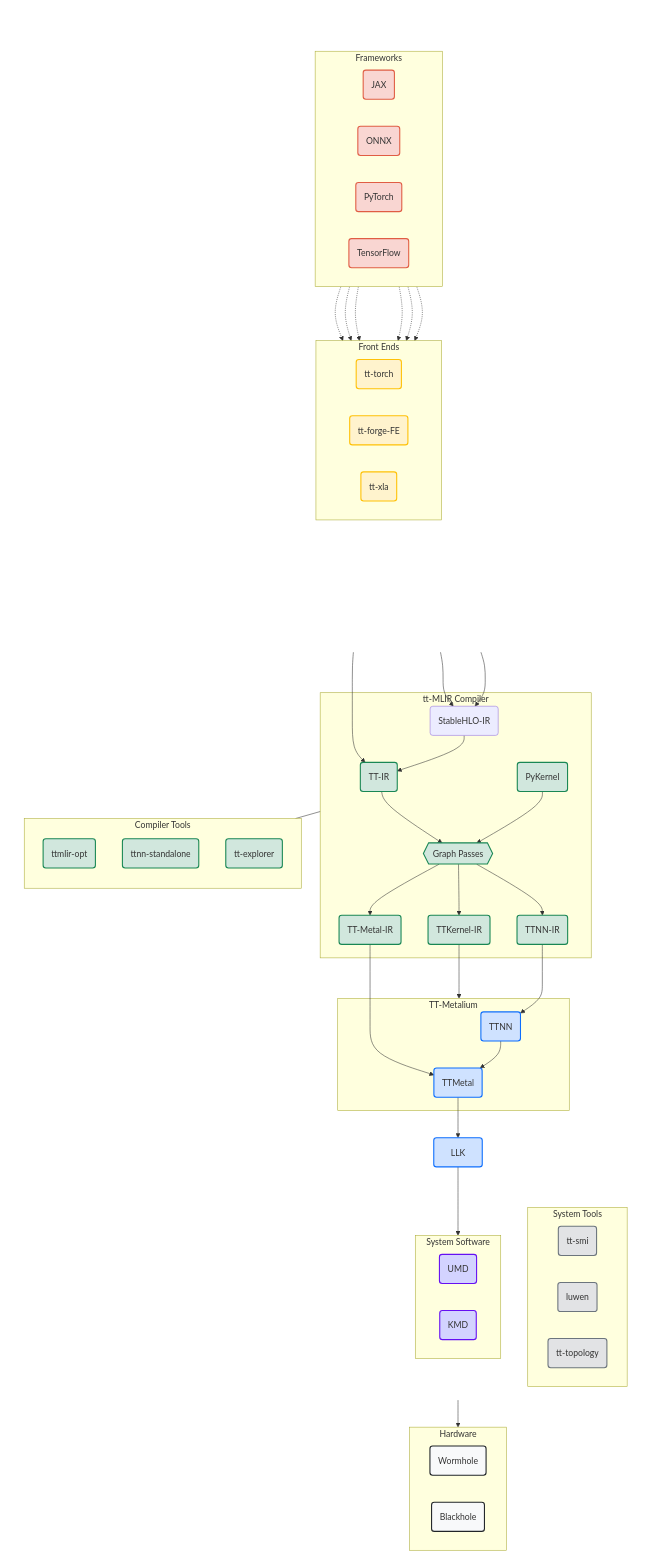
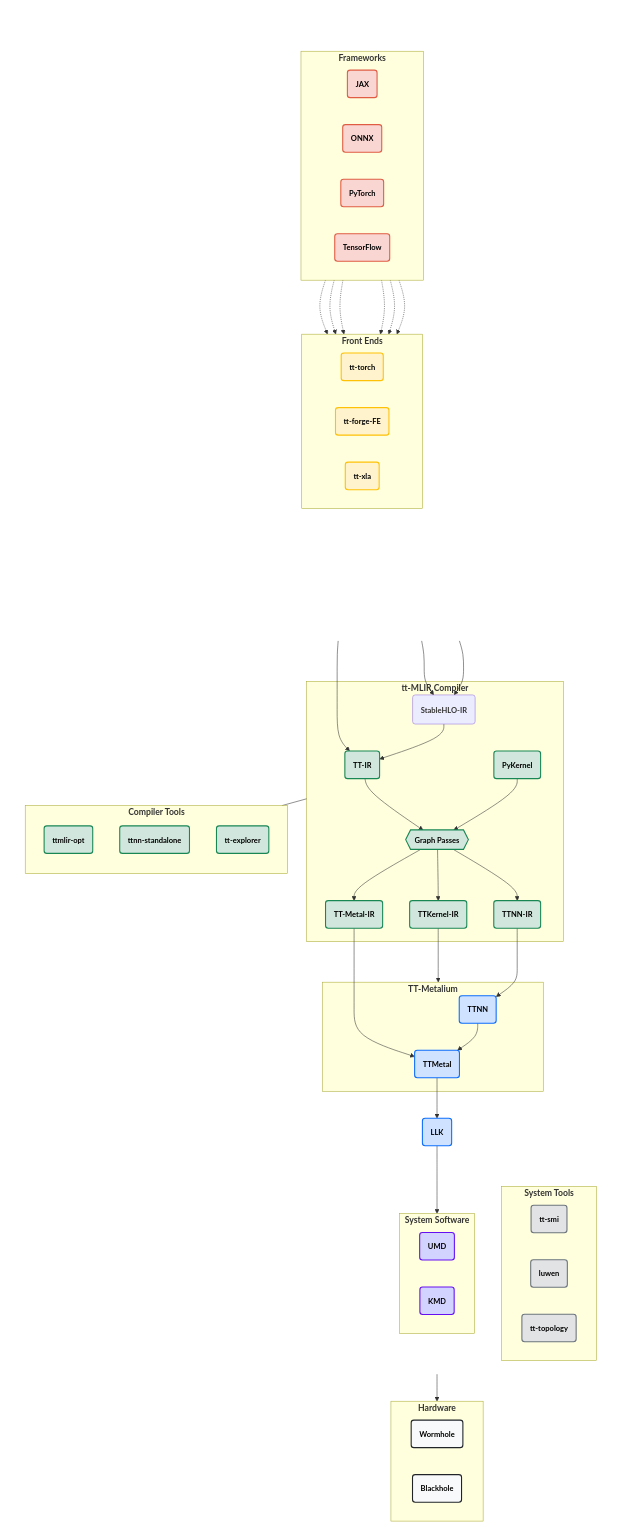
One commit to tenstorrent/tt-forge changed the diagram in README.md. Above: the diagram before and after it, drawn with Mermaid.

Commit message:
Improve diagram readability with larger font sizes and better contrast

````diff
--- a/README.md
+++ b/README.md
@@ -41,13 +41,13 @@
 ```mermaid
 flowchart TD
-    %% Define styles for the diagram
-    classDef frameworks fill:#f9d6d2,stroke:#e05d44,stroke-width:2px
-    classDef frontends fill:#fff3cd,stroke:#ffc107,stroke-width:2px
-    classDef compiler fill:#d1e7dd,stroke:#198754,stroke-width:2px
-    classDef runtime fill:#cfe2ff,stroke:#0d6efd,stroke-width:2px
-    classDef system fill:#e2e3e5,stroke:#6c757d,stroke-width:2px
-    classDef software fill:#d3d3ff,stroke:#6610f2,stroke-width:2px
-    classDef hardware fill:#f8f9fa,stroke:#212529,stroke-width:2px
+    %% Define styles for the diagram with improved contrast and font size
+    classDef frameworks fill:#f9d6d2,stroke:#e05d44,stroke-width:2px,color:#000000,font-size:14px,font-weight:bold
+    classDef frontends fill:#fff3cd,stroke:#ffc107,stroke-width:2px,color:#000000,font-size:14px,font-weight:bold
+    classDef compiler fill:#d1e7dd,stroke:#198754,stroke-width:2px,color:#000000,font-size:14px,font-weight:bold
+    classDef runtime fill:#cfe2ff,stroke:#0d6efd,stroke-width:2px,color:#000000,font-size:14px,font-weight:bold
+    classDef system fill:#e2e3e5,stroke:#6c757d,stroke-width:2px,color:#000000,font-size:14px,font-weight:bold
+    classDef software fill:#d3d3ff,stroke:#6610f2,stroke-width:2px,color:#000000,font-size:14px,font-weight:bold
+    classDef hardware fill:#f8f9fa,stroke:#212529,stroke-width:2px,color:#000000,font-size:14px,font-weight:bold
     classDef invisible opacity:0,fill:none,stroke:none
     
     %% Top level layout with invisible container to center frameworks
@@ -61,21 +61,21 @@
         subgraph FrameworksContainer[" "]
             direction TB
             %% Top level frameworks
-            subgraph Frameworks["&nbsp;&nbsp;&nbsp;&nbsp;Frameworks&nbsp;&nbsp;&nbsp;&nbsp;"]
+            subgraph Frameworks["<span style='font-size:16px;font-weight:bold'>Frameworks</span>"]
                 direction LR
-                JAX("JAX")
-                ONX("ONNX")
-                PYTORCH("PyTorch")
-                TF("TensorFlow")
+                JAX("<span style='font-size:14px;font-weight:bold'>JAX</span>")
+                ONX("<span style='font-size:14px;font-weight:bold'>ONNX</span>")
+                PYTORCH("<span style='font-size:14px;font-weight:bold'>PyTorch</span>")
+                TF("<span style='font-size:14px;font-weight:bold'>TensorFlow</span>")
             end
             
             %% Front-ends
-            subgraph FrontEnds["&nbsp;&nbsp;&nbsp;&nbsp;&nbsp;&nbsp;&nbsp;&nbsp;Front Ends&nbsp;&nbsp;&nbsp;&nbsp;&nbsp;&nbsp;&nbsp;&nbsp;"]
+            subgraph FrontEnds["<span style='font-size:16px;font-weight:bold'>Front Ends</span>"]
                 direction LR
                 %% Add extra spacing between frontend components
-                TT_TORCH("tt-torch")
-                TT_FORGE_FE("tt-forge-FE")
-                TT_XLA("tt-xla")
+                TT_TORCH("<span style='font-size:14px;font-weight:bold'>tt-torch</span>")
+                TT_FORGE_FE("<span style='font-size:14px;font-weight:bold'>tt-forge-FE</span>")
+                TT_XLA("<span style='font-size:14px;font-weight:bold'>tt-xla</span>")
             end
         end
         
@@ -88,17 +88,17 @@
     FrameworksContainer:::invisible
     
     %% Compiler sections side by side
-    subgraph CompilerLayer["Compiler Layer"]
+    subgraph CompilerLayer["<span style='font-size:16px;font-weight:bold'>Compiler Layer</span>"]
         %% tt-MLIR Compiler section
-        subgraph TTMLIR["&nbsp;&nbsp;&nbsp;&nbsp;tt-MLIR Compiler&nbsp;&nbsp;&nbsp;&nbsp;"]
-            TTIR("TT-IR")
-            STABLEHLO("StableHLO-IR")
-            PYKERNEL("PyKernel")
+        subgraph TTMLIR["<span style='font-size:16px;font-weight:bold'>tt-MLIR Compiler</span>"]
+            TTIR("<span style='font-size:14px;font-weight:bold'>TT-IR</span>")
+            STABLEHLO("<span style='font-size:14px;font-weight:bold'>StableHLO-IR</span>")
+            PYKERNEL("<span style='font-size:14px;font-weight:bold'>PyKernel</span>")
             %% Graph Passes - using hexagon shape
-            GRAPH_PASSES{{"Graph Passes"}}
-            TTMETAL_IR("TT-Metal-IR")
-            TTNN("TTNN-IR")
-            TTKERNEL("TTKernel-IR")
+            GRAPH_PASSES{{"<span style='font-size:14px;font-weight:bold'>Graph Passes</span>"}}
+            TTMETAL_IR("<span style='font-size:14px;font-weight:bold'>TT-Metal-IR</span>")
+            TTNN("<span style='font-size:14px;font-weight:bold'>TTNN-IR</span>")
+            TTKERNEL("<span style='font-size:14px;font-weight:bold'>TTKernel-IR</span>")
             
             %% Connect PyKernel to Graph Passes
             PYKERNEL --> GRAPH_PASSES
@@ -110,11 +110,11 @@
         end
         
         %% Compiler Tools section with vertical layout
-        subgraph CompilerTools["&nbsp;&nbsp;&nbsp;&nbsp;Compiler Tools&nbsp;&nbsp;&nbsp;&nbsp;"]
+        subgraph CompilerTools["<span style='font-size:16px;font-weight:bold'>Compiler Tools</span>"]
             direction TB
-            TTMLIROPT("ttmlir-opt")
-            TTNNSTANDALONE("ttnn-standalone")
-            TTEXPLORER("tt-explorer")
+            TTMLIROPT("<span style='font-size:14px;font-weight:bold'>ttmlir-opt</span>")
+            TTNNSTANDALONE("<span style='font-size:14px;font-weight:bold'>ttnn-standalone</span>")
+            TTEXPLORER("<span style='font-size:14px;font-weight:bold'>tt-explorer</span>")
         end
     end
     
@@ -123,30 +123,30 @@
     TTMLIR --- CompilerTools
     
     %% TT-Metalium section
-    subgraph TTMETALIUM["&nbsp;&nbsp;&nbsp;&nbsp;TT-Metalium&nbsp;&nbsp;&nbsp;&nbsp;"]
-        TTNN_HW("TTNN")
-        TTMETAL("TTMetal")
+    subgraph TTMETALIUM["<span style='font-size:16px;font-weight:bold'>TT-Metalium</span>"]
+        TTNN_HW("<span style='font-size:14px;font-weight:bold'>TTNN</span>")
+        TTMETAL("<span style='font-size:14px;font-weight:bold'>TTMetal</span>")
         
         %% Connect TTNN to TTMetal within TT-Metalium
         TTNN_HW --> TTMETAL
     end
     
     %% LLK outside of TT-Metalium
-    LLK("&nbsp;&nbsp;&nbsp;&nbsp;LLK&nbsp;&nbsp;&nbsp;&nbsp;")
+    LLK("<span style='font-size:14px;font-weight:bold'>LLK</span>")
     
     %% System Tools and System Software sections side by side
-    subgraph SystemLayer["System Layer"]
+    subgraph SystemLayer["<span style='font-size:16px;font-weight:bold'>System Layer</span>"]
         %% System Tools section
-        subgraph SystemTools["&nbsp;&nbsp;&nbsp;&nbsp;System Tools&nbsp;&nbsp;&nbsp;&nbsp;"]
-            TTSMI("tt-smi")
-            LUWEN("luwen")
-            TTTOPOLOGY("tt-topology")
+        subgraph SystemTools["<span style='font-size:16px;font-weight:bold'>System Tools</span>"]
+            TTSMI("<span style='font-size:14px;font-weight:bold'>tt-smi</span>")
+            LUWEN("<span style='font-size:14px;font-weight:bold'>luwen</span>")
+            TTTOPOLOGY("<span style='font-size:14px;font-weight:bold'>tt-topology</span>")
         end
         
         %% System Software section
-        subgraph SystemSoftware["&nbsp;&nbsp;&nbsp;&nbsp;System Software&nbsp;&nbsp;&nbsp;&nbsp;"]
-            UMD("UMD")
-            KMD("KMD")
+        subgraph SystemSoftware["<span style='font-size:16px;font-weight:bold'>System Software</span>"]
+            UMD("<span style='font-size:14px;font-weight:bold'>UMD</span>")
+            KMD("<span style='font-size:14px;font-weight:bold'>KMD</span>")
         end
     end
     
@@ -154,9 +154,9 @@
     SystemLayer:::none
     
     %% Hardware section
-    subgraph Hardware["&nbsp;&nbsp;&nbsp;&nbsp;Hardware&nbsp;&nbsp;&nbsp;&nbsp;"]
-        WORMHOLE("Wormhole")
-        BLACKHOLE("Blackhole")
+    subgraph Hardware["<span style='font-size:16px;font-weight:bold'>Hardware</span>"]
+        WORMHOLE("<span style='font-size:14px;font-weight:bold'>Wormhole</span>")
+        BLACKHOLE("<span style='font-size:14px;font-weight:bold'>Blackhole</span>")
     end
     
     %% Connect TTMetal to LLK, LLK to System Software, and System Layer to Hardware
````
